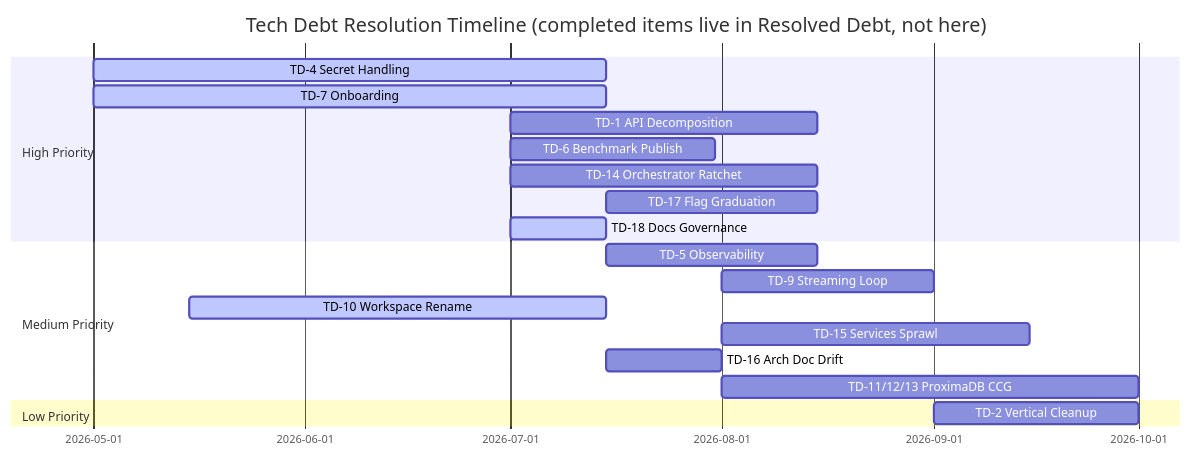
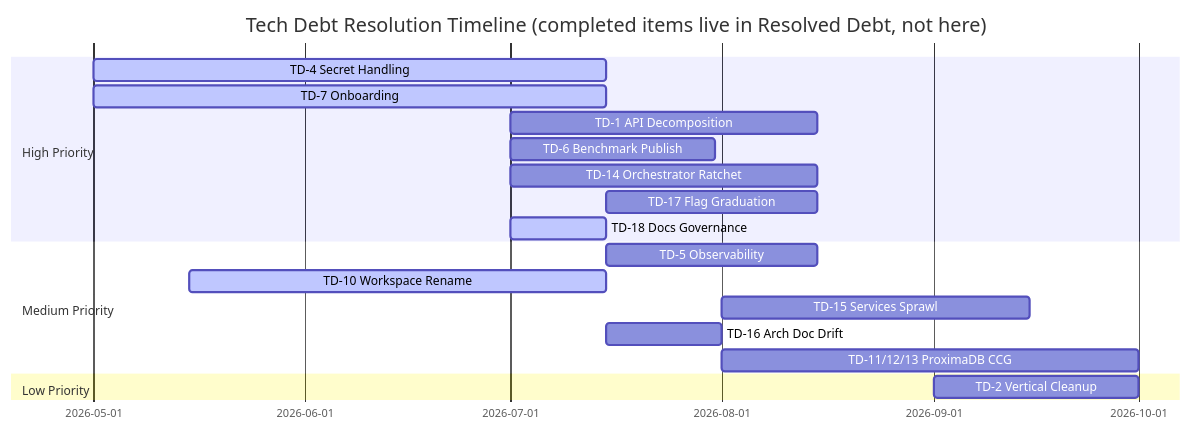
Before and after one commit to vjsingh1984/victor: the fourth of 4 diagrams in docs/tech-stack.md, drawn with Mermaid. The commit also changed other lines of this file and 2 other files, not shown here.

First line of the commit message:
docs: correct stale architecture claims (TD-9 integrated, USE_SMART_ROUTING default, F-016m fix path)

````diff
--- a/docs/tech-stack.md
+++ b/docs/tech-stack.md
@@ -267,22 +266,21 @@
 ```mermaid
 gantt
     title Tech Debt Resolution Timeline (completed items live in Resolved Debt, not here)
     dateFormat YYYY-MM-DD
     section High Priority
         TD-4 Secret Handling     :active, a1, 2026-05-01, 2026-07-15
         TD-7 Onboarding          :active, a2, 2026-05-01, 2026-07-15
         TD-1 API Decomposition   : a3, 2026-07-01, 2026-08-15
         TD-6 Benchmark Publish   : a4, 2026-07-01, 2026-07-31
         TD-14 Orchestrator Ratchet : a5, 2026-07-01, 2026-08-15
         TD-17 Flag Graduation    : a6, 2026-07-15, 2026-08-15
         TD-18 Docs Governance    :active, a7, 2026-07-01, 2026-07-15
     section Medium Priority
         TD-5 Observability       : b1, 2026-07-15, 2026-08-15
-        TD-9 Streaming Loop      : b2, 2026-08-01, 2026-09-01
         TD-10 Workspace Rename   :active, b3, 2026-05-15, 2026-07-15
         TD-15 Services Sprawl    : b4, 2026-08-01, 2026-09-15
         TD-16 Arch Doc Drift     : b5, 2026-07-15, 2026-08-01
         TD-11/12/13 ProximaDB CCG : b6, 2026-08-01, 2026-10-01
     section Low Priority
         TD-2 Vertical Cleanup    : c1, 2026-09-01, 2026-10-01
 ```
````
